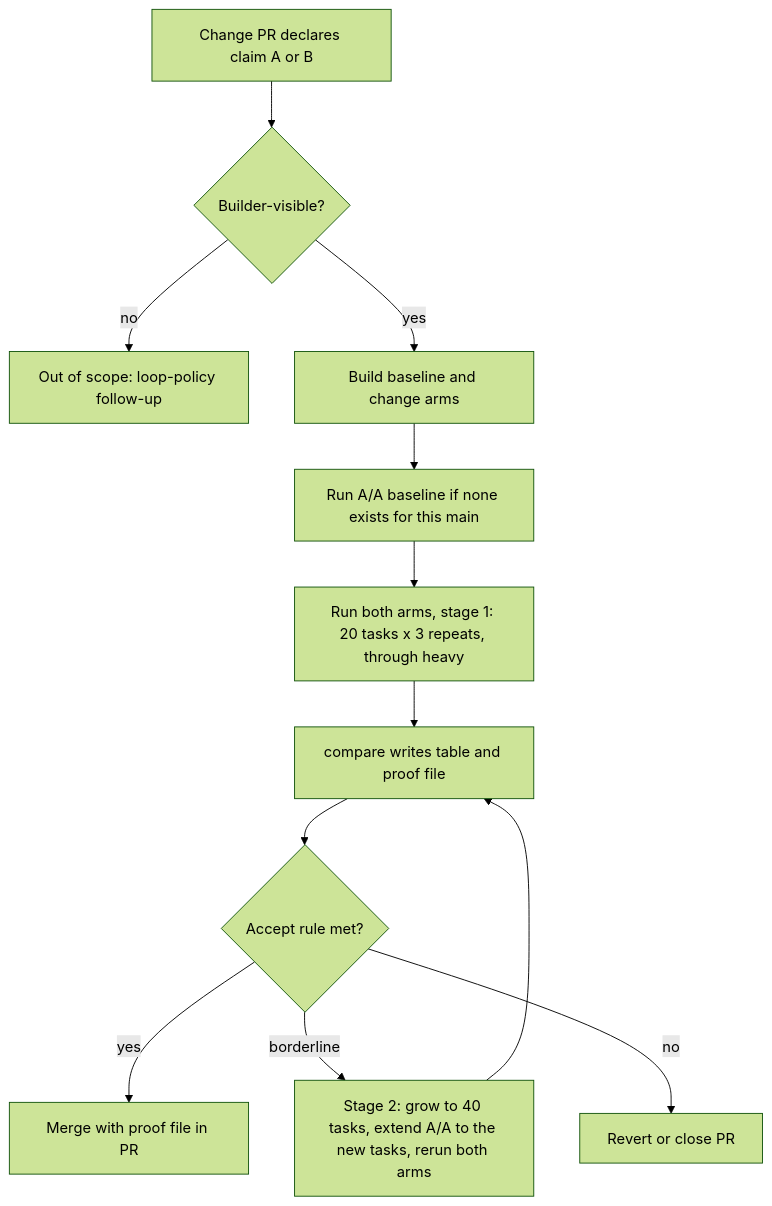
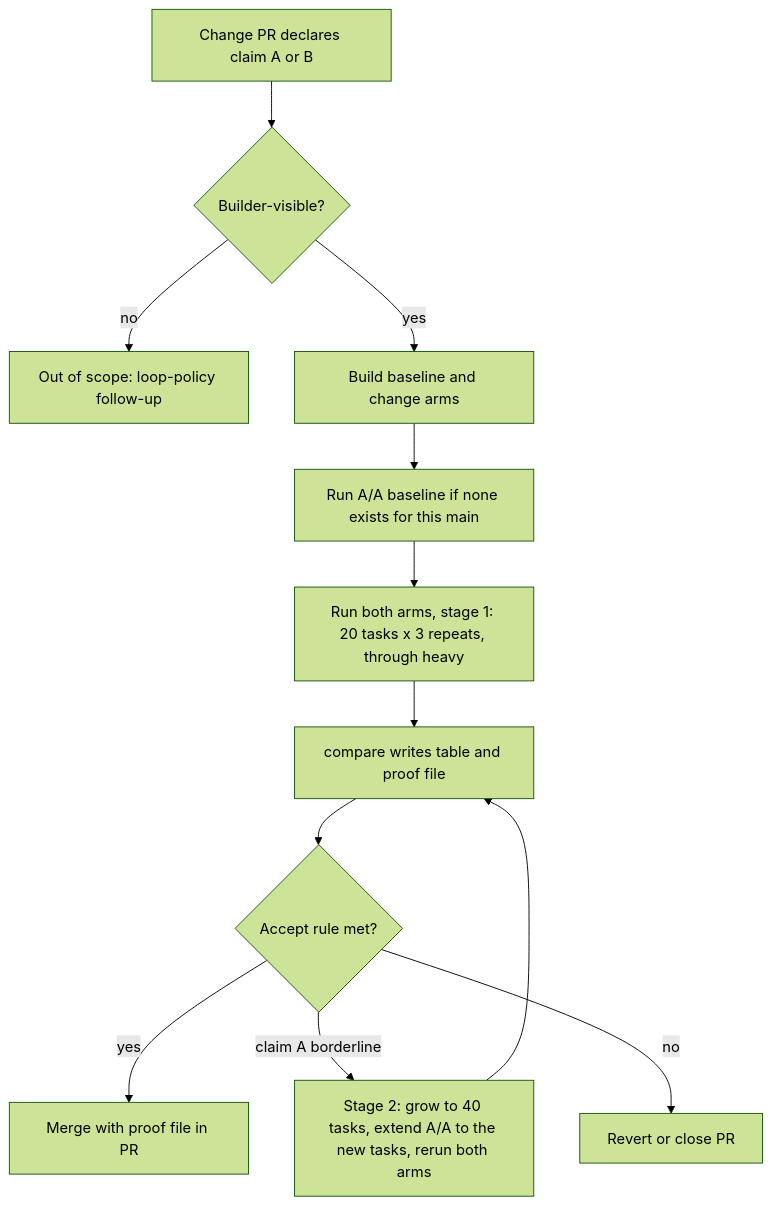
One commit to shyamsivakumar/mac-ops changed the diagram in docs/loop-change-trials.md. Above: the diagram before and after it, drawn with Mermaid (forest theme). The commit also changed other lines of this file, not shown here.

Commit message:
Pin trial arms to revisions and scope the p-value rules to claim A (Refs #505)

````diff
--- a/docs/loop-change-trials.md
+++ b/docs/loop-change-trials.md
@@ -213,14 +224,14 @@
 ```mermaid
 flowchart TD
     A[Change PR declares claim A or B] --> B{Builder-visible?}
     B -- no --> U[Out of scope: loop-policy follow-up]
     B -- yes --> C[Build baseline and change arms]
     C --> D[Run A/A baseline if none exists for this main]
     D --> E[Run both arms, stage 1: 20 tasks x 3 repeats, through heavy]
     E --> F[compare writes table and proof file]
     F --> G{Accept rule met?}
     G -- yes --> H[Merge with proof file in PR]
-    G -- "borderline" --> I[Stage 2: grow to 40 tasks, extend A/A to the new tasks, rerun both arms]
+    G -- "claim A borderline" --> I[Stage 2: grow to 40 tasks, extend A/A to the new tasks, rerun both arms]
     G -- no --> R[Revert or close PR]
     I --> F
 ```
````
